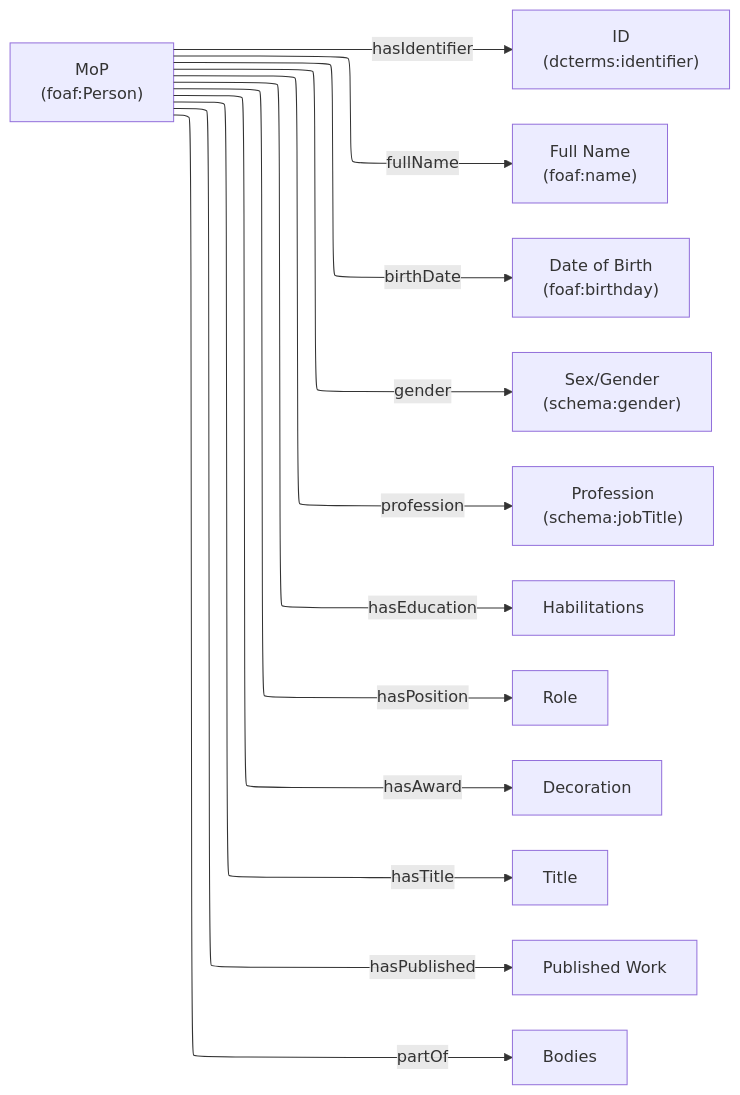
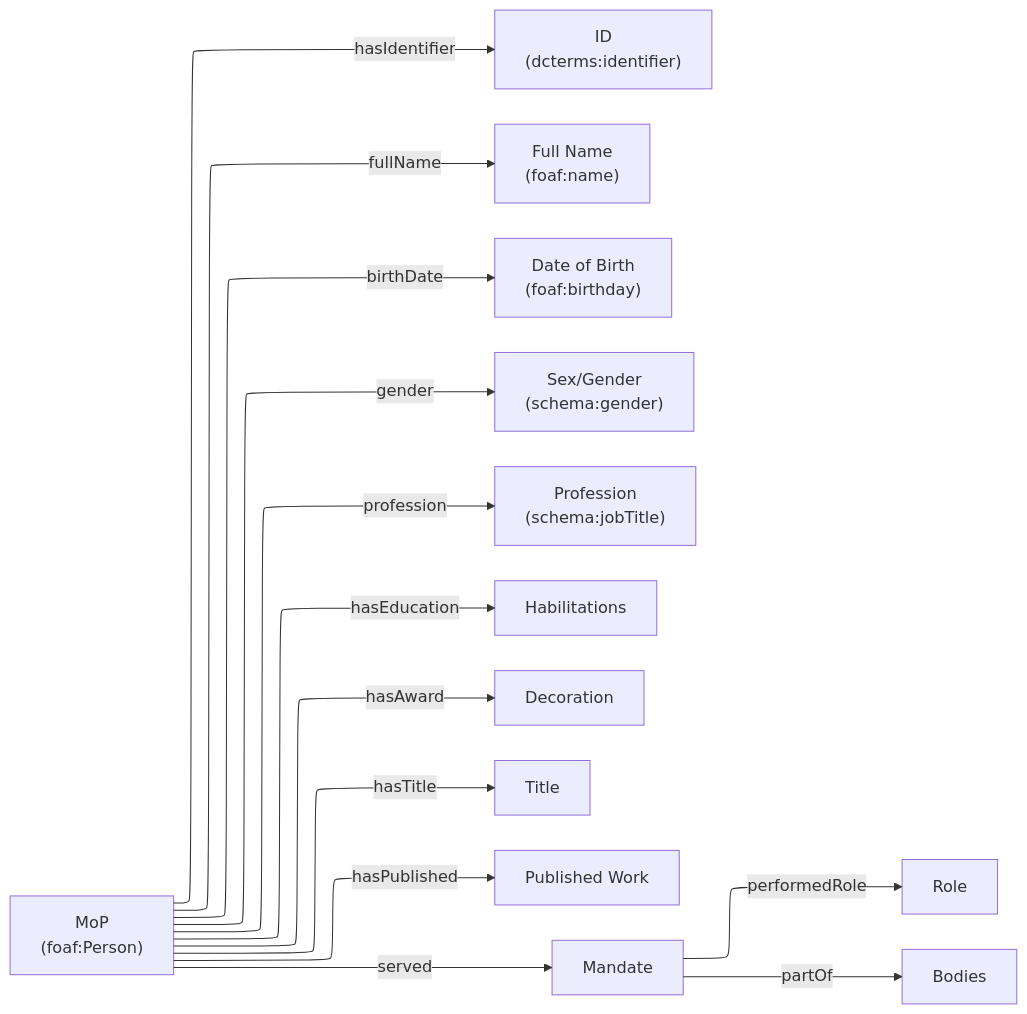
One commit to Kaankzlyar/orwell-generalized changed the diagram in docs/registobiografico/RB-mop.mermaid. Above: the diagram before and after it, drawn with Mermaid. The commit also changed 7 other files, not shown here.

```diff
--- a/docs/registobiografico/RB-mop.mermaid
+++ b/docs/registobiografico/RB-mop.mermaid
@@ -1,16 +1,17 @@
 ---
 config:
   layout: elk
 ---
 flowchart LR
     Person["MoP<br>(foaf:Person)"] -- hasIdentifier --> pid["ID<br>(dcterms:identifier)"]
     Person -- fullName --> name["Full Name<br>(foaf:name)"]
     Person -- birthDate --> dob["Date of Birth<br>(foaf:birthday)"]
     Person -- gender --> gender["Sex/Gender<br>(schema:gender)"]
     Person -- profession --> prof["Profession<br/>(schema:jobTitle)"]
     Person -- hasEducation --> Edu["Habilitations"]
-    Person -- hasPosition --> Role["Role"]
     Person -- hasAward --> Award["Decoration"]
     Person -- hasTitle --> Title["Title"]
     Person -- hasPublished --> Work["Published Work"]
-    Person -- partOf --> Bodies["Bodies"]
+    Person -- served --> Mandate["Mandate"]
+    Mandate -- performedRole --> Role["Role"]
+    Mandate -- partOf --> Bodies["Bodies"]
```
